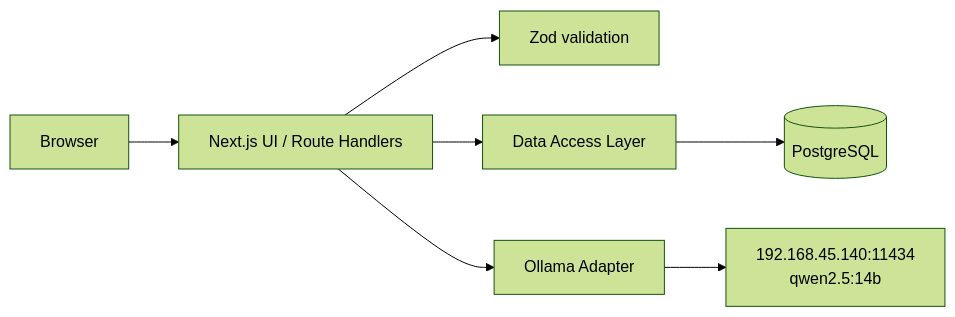
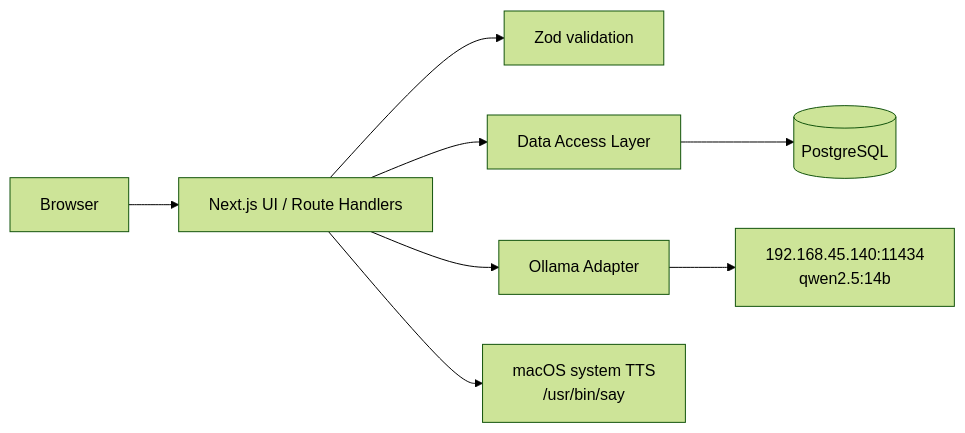
The diagram in docs/ARCHITECTURE.md (rudadlswh/ToneTalk), drawn with Mermaid (forest theme) before and after one commit. The commit also changed other lines of this file and 1 other file, not shown here.

Commit message:
docs: 입력 언어 및 TTS 아키텍처 문서 갱신

````diff
--- a/docs/ARCHITECTURE.md
+++ b/docs/ARCHITECTURE.md
@@ -20,9 +21,10 @@
 ```mermaid
 flowchart LR
     B["Browser"] --> N["Next.js UI / Route Handlers"]
     N --> V["Zod validation"]
     N --> D["Data Access Layer"]
     D --> P[("PostgreSQL")]
     N --> A["Ollama Adapter"]
     A --> O["192.168.45.140:11434\nqwen2.5:14b"]
+    N --> T["macOS system TTS\n/usr/bin/say"]
 ```
````
